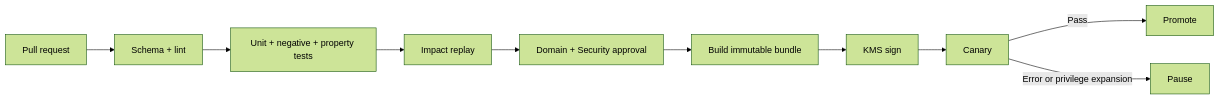
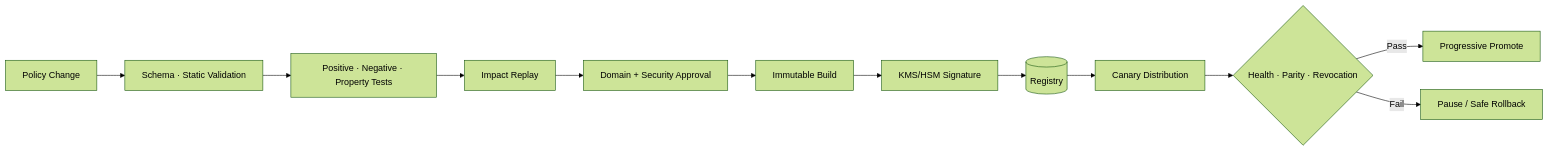
Before and after one commit to huynv-xyz/vhm: the fourth of 9 diagrams in zero-trust.md, drawn with Mermaid (forest theme). The commit also changed other lines of this file, not shown here.

````diff
--- a/zero-trust.md
+++ b/zero-trust.md
@@ -680,12 +560,14 @@
 ```mermaid
 flowchart LR
-    PR[Pull request] --> V[Schema + lint]
-    V --> T[Unit + negative + property tests]
-    T --> R[Impact replay]
-    R --> A[Domain + Security approval]
-    A --> B[Build immutable bundle]
-    B --> S[KMS sign]
-    S --> C[Canary]
-    C -->|Pass| P[Promote]
-    C -->|Error or privilege expansion| X[Pause]
+    PR[Policy Change] --> V[Schema · Static Validation]
+    V --> T[Positive · Negative · Property Tests]
+    T --> I[Impact Replay]
+    I --> A[Domain + Security Approval]
+    A --> B[Immutable Build]
+    B --> S[KMS/HSM Signature]
+    S --> R[(Registry)]
+    R --> C[Canary Distribution]
+    C --> G{Health · Parity · Revocation}
+    G -->|Pass| P[Progressive Promote]
+    G -->|Fail| X[Pause / Safe Rollback]
 ```
````
